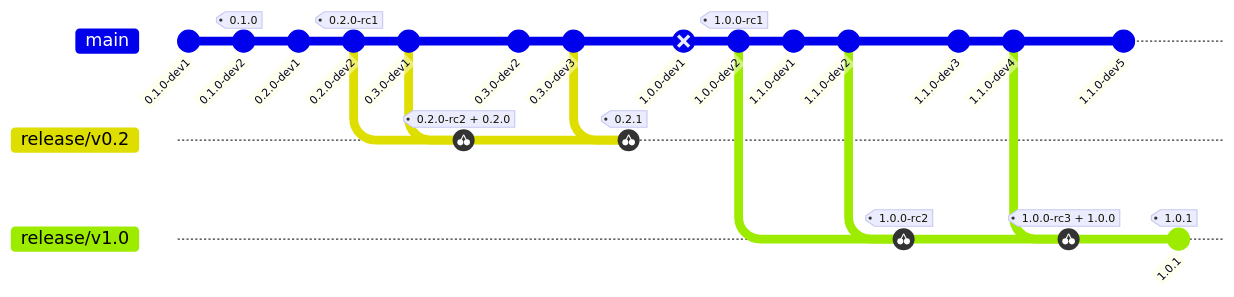
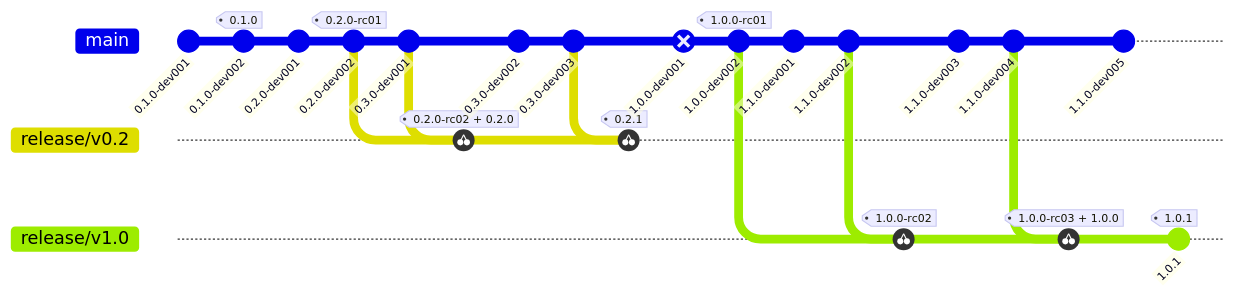
The first of 14 diagrams in docs/sdk-versioning.md (tomtom-international/commisery-action), drawn with Mermaid before and after one commit. The commit also changed other lines of this file, not shown here.

````diff
--- a/docs/sdk-versioning.md
+++ b/docs/sdk-versioning.md
@@ -135,35 +135,35 @@
 ```mermaid
 gitGraph
-  commit id: "0.1.0-dev1"
-  commit id: "0.1.0-dev2" tag: "0.1.0"
-  commit id: "0.2.0-dev1"
-  commit id: "0.2.0-dev2" tag: "0.2.0-rc1"
+  commit id: "0.1.0-dev001"
+  commit id: "0.1.0-dev002" tag: "0.1.0"
+  commit id: "0.2.0-dev001"
+  commit id: "0.2.0-dev002" tag: "0.2.0-rc01"
   branch release/v0.2
   checkout main
-  commit id: "0.3.0-dev1"
+  commit id: "0.3.0-dev001"
   checkout release/v0.2
-  cherry-pick id: "0.3.0-dev1" tag: "0.2.0-rc2 + 0.2.0"
+  cherry-pick id: "0.3.0-dev001" tag: "0.2.0-rc02 + 0.2.0"
   checkout main
-  commit id: "0.3.0-dev2"
-  commit id: "0.3.0-dev3"
+  commit id: "0.3.0-dev002"
+  commit id: "0.3.0-dev003"
   checkout release/v0.2
-  cherry-pick id: "0.3.0-dev3" tag: "0.2.1"
+  cherry-pick id: "0.3.0-dev003" tag: "0.2.1"
   checkout main
-  commit id: "1.0.0-dev1" type: REVERSE
-  commit id: "1.0.0-dev2" tag: "1.0.0-rc1"
+  commit id: "1.0.0-dev001" type: REVERSE
+  commit id: "1.0.0-dev002" tag: "1.0.0-rc01"
   branch release/v1.0
   checkout main
-  commit id: "1.1.0-dev1"
-  commit id: "1.1.0-dev2"
+  commit id: "1.1.0-dev001"
+  commit id: "1.1.0-dev002"
   checkout release/v1.0
-  cherry-pick id: "1.1.0-dev2" tag: "1.0.0-rc2"
+  cherry-pick id: "1.1.0-dev002" tag: "1.0.0-rc02"
   checkout main
-  commit id: "1.1.0-dev3"
-  commit id: "1.1.0-dev4"
+  commit id: "1.1.0-dev003"
+  commit id: "1.1.0-dev004"
   checkout release/v1.0
-  cherry-pick id: "1.1.0-dev4" tag: "1.0.0-rc3 + 1.0.0"
+  cherry-pick id: "1.1.0-dev004" tag: "1.0.0-rc03 + 1.0.0"
   checkout main
-  commit id: "1.1.0-dev5"
+  commit id: "1.1.0-dev005"
   checkout release/v1.0
   commit id: "1.0.1" tag: "1.0.1"
 ```
````
